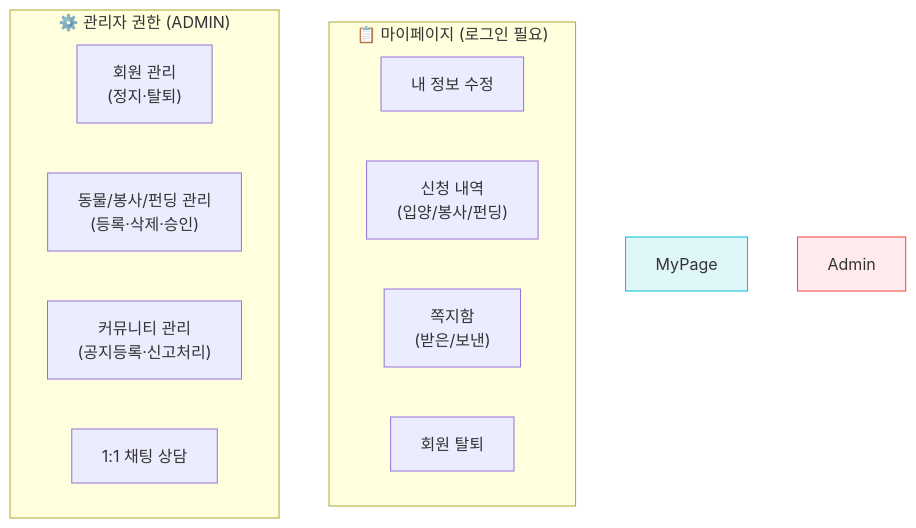
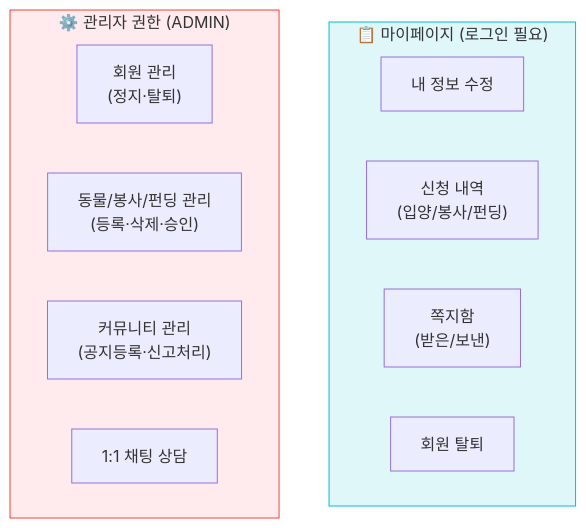
One commit to KJH-Portfolio/202511-stray-dog-volunteer changed the sixth of 6 diagrams in ia.md. Above: the diagram before and after it, drawn with Mermaid. The commit also changed 1 other file, not shown here.

````diff
--- a/ia.md
+++ b/ia.md
@@ -112,19 +112,19 @@
 ```mermaid
 graph TD
-    subgraph "📋 마이페이지 (로그인 필요)"
+    subgraph MY ["📋 마이페이지 (로그인 필요)"]
         MY1["내 정보 수정"]
         MY2["신청 내역\n(입양/봉사/펀딩)"]
         MY3["쪽지함\n(받은/보낸)"]
         MY4["회원 탈퇴"]
     end
 
-    subgraph "⚙️ 관리자 권한 (ADMIN)"
+    subgraph AD ["⚙️ 관리자 권한 (ADMIN)"]
         AD1["회원 관리\n(정지·탈퇴)"]
         AD2["동물/봉사/펀딩 관리\n(등록·삭제·승인)"]
         AD3["커뮤니티 관리\n(공지등록·신고처리)"]
         AD4["1:1 채팅 상담"]
     end
 
-    style MyPage fill:#E0F7FA,stroke:#00BCD4
-    style Admin fill:#FFEBEE,stroke:#F44336
+    style MY fill:#E0F7FA,stroke:#00BCD4
+    style AD fill:#FFEBEE,stroke:#F44336
 ```
````
